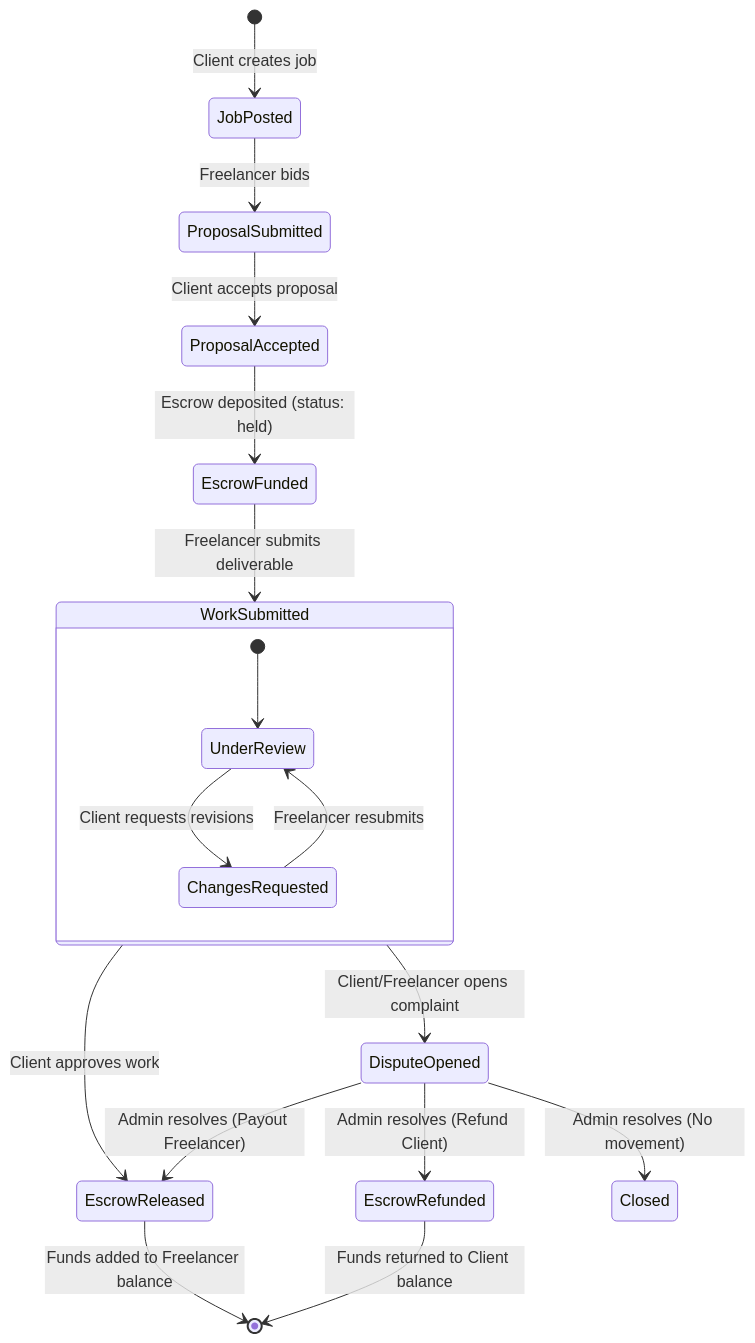
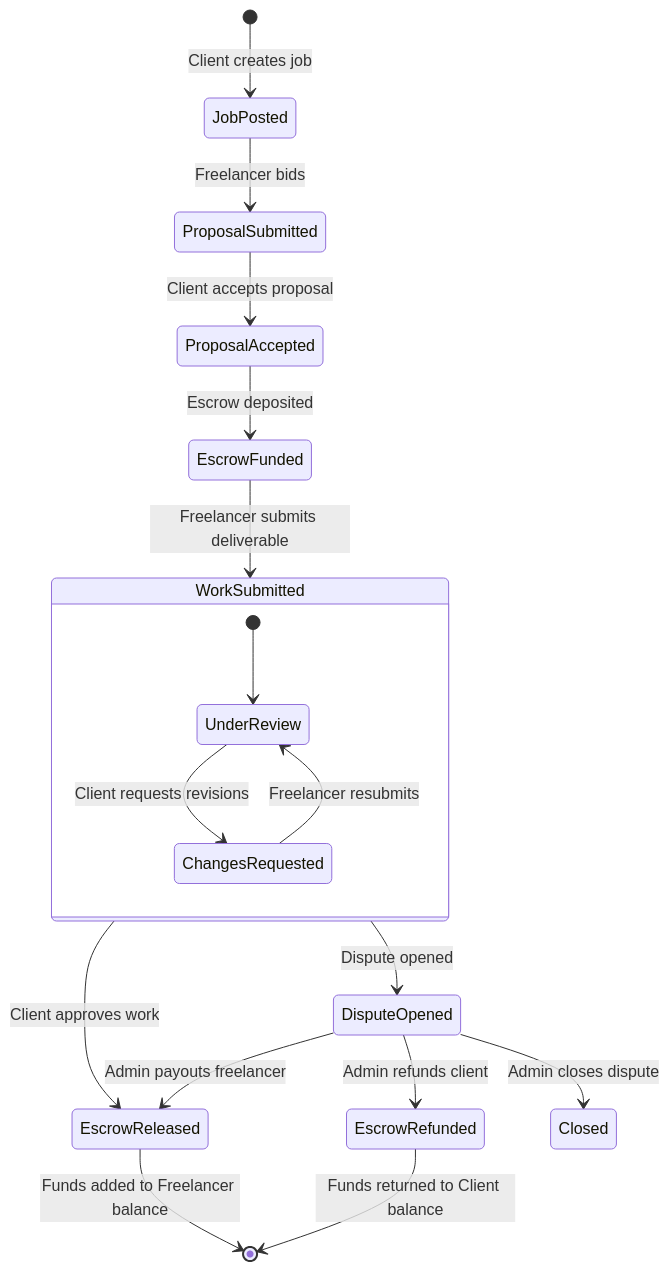
One commit to shxheerkhn/EscrowIQ changed the second of 4 diagrams in README.md. Above: the diagram before and after it, drawn with Mermaid. The commit also changed other lines of this file, not shown here.

````diff
--- a/README.md
+++ b/README.md
@@ -149,24 +149,24 @@
 ```mermaid
 stateDiagram-v2
     [*] --> JobPosted: Client creates job
     JobPosted --> ProposalSubmitted: Freelancer bids
     ProposalSubmitted --> ProposalAccepted: Client accepts proposal
-    ProposalAccepted --> EscrowFunded: Escrow deposited (status: held)
+    ProposalAccepted --> EscrowFunded: Escrow deposited
     EscrowFunded --> WorkSubmitted: Freelancer submits deliverable
     
     state WorkSubmitted {
         [*] --> UnderReview
         UnderReview --> ChangesRequested: Client requests revisions
         ChangesRequested --> UnderReview: Freelancer resubmits
     }
 
     WorkSubmitted --> EscrowReleased: Client approves work
-    WorkSubmitted --> DisputeOpened: Client/Freelancer opens complaint
+    WorkSubmitted --> DisputeOpened: Dispute opened
     
-    DisputeOpened --> EscrowReleased: Admin resolves (Payout Freelancer)
-    DisputeOpened --> EscrowRefunded: Admin resolves (Refund Client)
-    DisputeOpened --> Closed: Admin resolves (No movement)
+    DisputeOpened --> EscrowReleased: Admin payouts freelancer
+    DisputeOpened --> EscrowRefunded: Admin refunds client
+    DisputeOpened --> Closed: Admin closes dispute
 
     EscrowReleased --> [*]: Funds added to Freelancer balance
     EscrowRefunded --> [*]: Funds returned to Client balance
 ```
````
